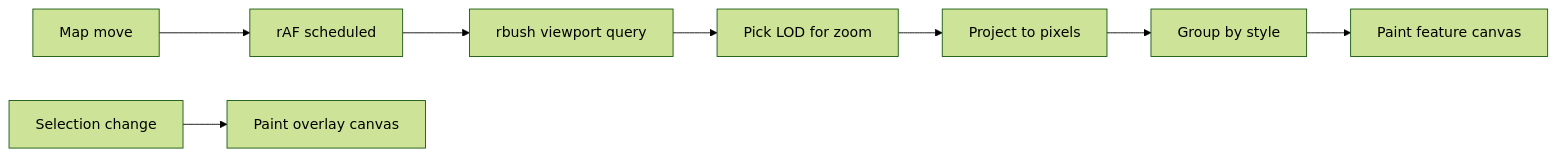
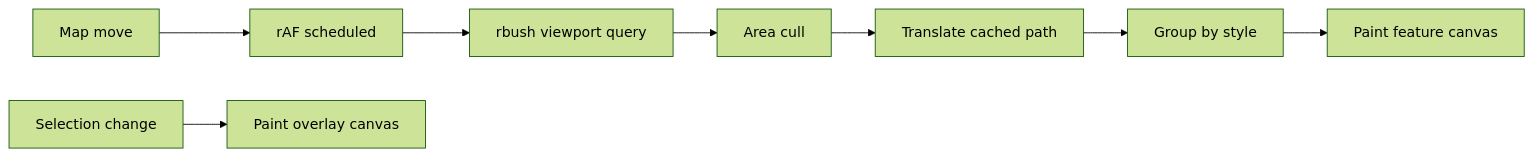
One commit to pahanggo/basebackend changed the first of 5 diagrams in packages/gis/specs/GIS Web Interface — Technical Specification.md. Above: the diagram before and after it, drawn with Mermaid (forest theme). The commit also changed other lines of this file and 30 other files, not shown here.

````diff
--- a/packages/gis/specs/GIS Web Interface — Technical Specification.md
+++ b/packages/gis/specs/GIS Web Interface — Technical Specification.md
@@ -232,10 +232,10 @@
 ```mermaid
 flowchart LR
   A[Map move] --> B[rAF scheduled]
   B --> C[rbush viewport query]
-  C --> D[Pick LOD for zoom]
-  D --> E[Project to pixels]
+  C --> D[Area cull]
+  D --> E[Translate cached path]
   E --> F[Group by style]
   F --> G[Paint feature canvas]
   H[Selection change] --> I[Paint overlay canvas]
 ```
````
